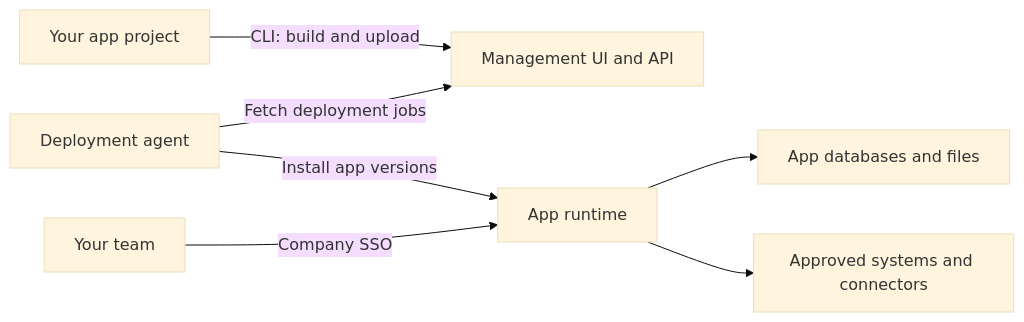
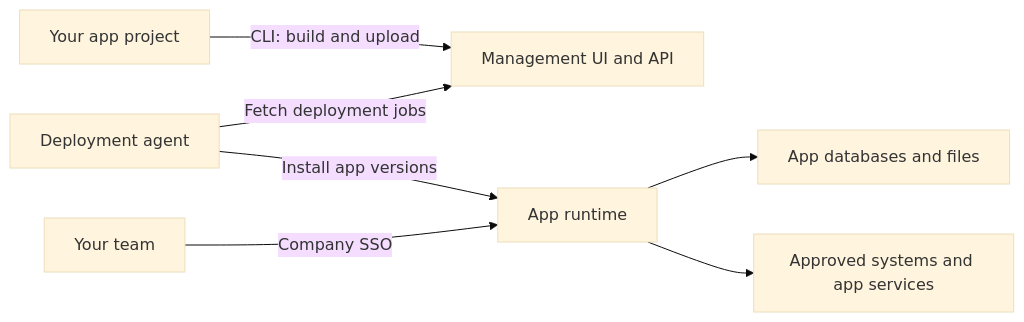
The diagram in README.md (widefleet/widefleet), drawn with Mermaid (base theme) before and after one commit. The commit also changed other lines of this file and 22 other files, not shown here.

First line of the commit message:
Document app services and the 0.5.0 upgrade (#140)

````diff
--- a/README.md
+++ b/README.md
@@ -71,9 +71,9 @@
 ```mermaid
 flowchart LR
     Project["Your app project"] -->|"CLI: build and upload"| Management["Management UI and API"]
     Agent["Deployment agent"] -->|"Fetch deployment jobs"| Management
     Agent -->|"Install app versions"| Runtime["App runtime"]
     Team["Your team"] -->|"Company SSO"| Runtime
     Runtime --> Data["App databases and files"]
-    Runtime --> Systems["Approved systems and connectors"]
+    Runtime --> Systems["Approved systems and app services"]
 ```
````
